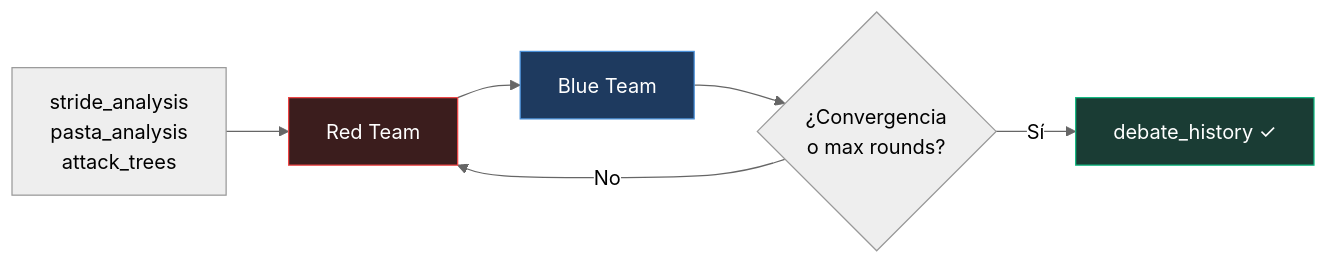
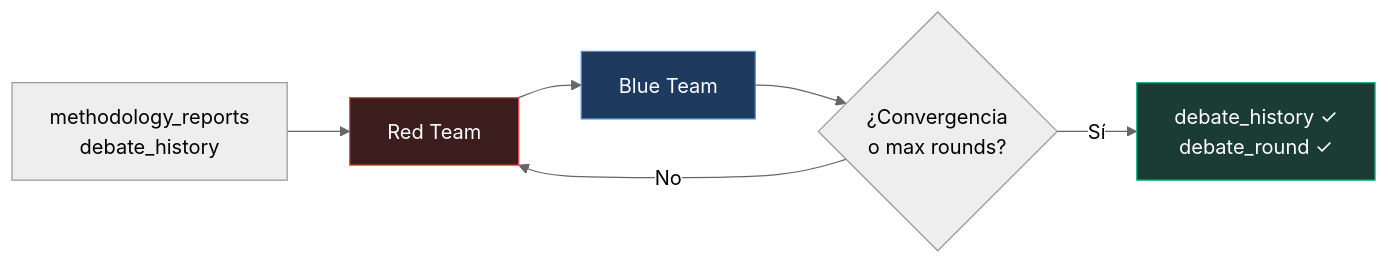
One commit to philocyber/agent-threat-modeler changed the fourth of 10 diagrams in docs/10_flujo_de_datos.md. Above: the diagram before and after it, drawn with Mermaid (neutral theme). The commit also changed other lines of this file and 56 other files, not shown here.

````diff
--- a/docs/10_flujo_de_datos.md
+++ b/docs/10_flujo_de_datos.md
@@ -127,12 +129,12 @@
 ```mermaid
 flowchart LR
-    STATE2["stride_analysis<br/>pasta_analysis<br/>attack_trees"] --> RED["Red Team"]
+    STATE2["methodology_reports<br/>debate_history"] --> RED["Red Team"]
     RED --> BLUE["Blue Team"]
     BLUE --> CHECK{"¿Convergencia<br/>o max rounds?"}
     CHECK -->|No| RED
-    CHECK -->|Sí| STATE3["debate_history ✓"]
+    CHECK -->|Sí| STATE3["debate_history ✓<br/>debate_round ✓"]
 
     style RED fill:#3b1d1d,stroke:#ef4444,color:#fff
     style BLUE fill:#1e3a5f,stroke:#4a90d9,color:#fff
     style STATE3 fill:#1a3c34,stroke:#10b981,color:#fff
 ```
````
